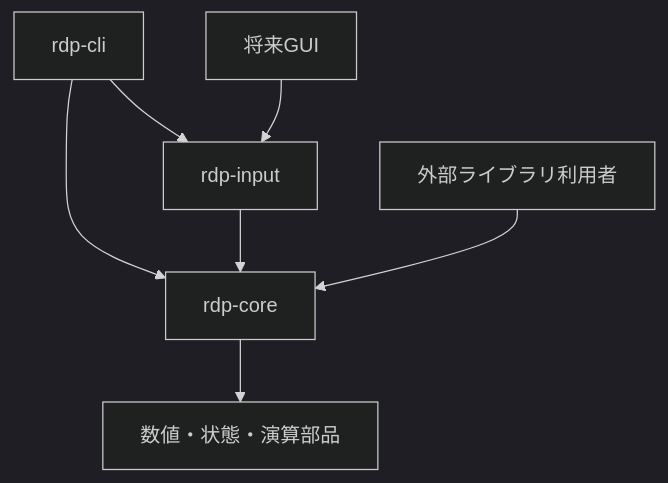
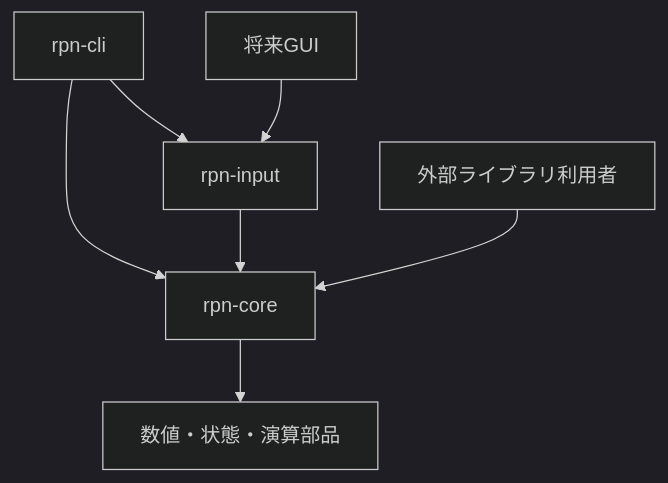
The diagram in documents/details/00-workspace-and-boundaries.md (koba-nobu-8287/rpn-calculator), drawn with Mermaid (dark theme) before and after one commit. The commit also changed other lines of this file and 95 other files, not shown here.

Commit message:
Rename rdp crates, CLI and specifications to rpn

````diff
--- a/documents/details/00-workspace-and-boundaries.md
+++ b/documents/details/00-workspace-and-boundaries.md
@@ -27,9 +27,9 @@
 ```mermaid
 flowchart TD
-    CLI[rdp-cli] --> CORE[rdp-core]
-    CLI --> INPUT[rdp-input]
+    CLI[rpn-cli] --> CORE[rpn-core]
+    CLI --> INPUT[rpn-input]
     GUI[将来GUI] --> INPUT
     INPUT --> CORE
     API[外部ライブラリ利用者] --> CORE
     CORE --> DATA[数値・状態・演算部品]
 ```
````
